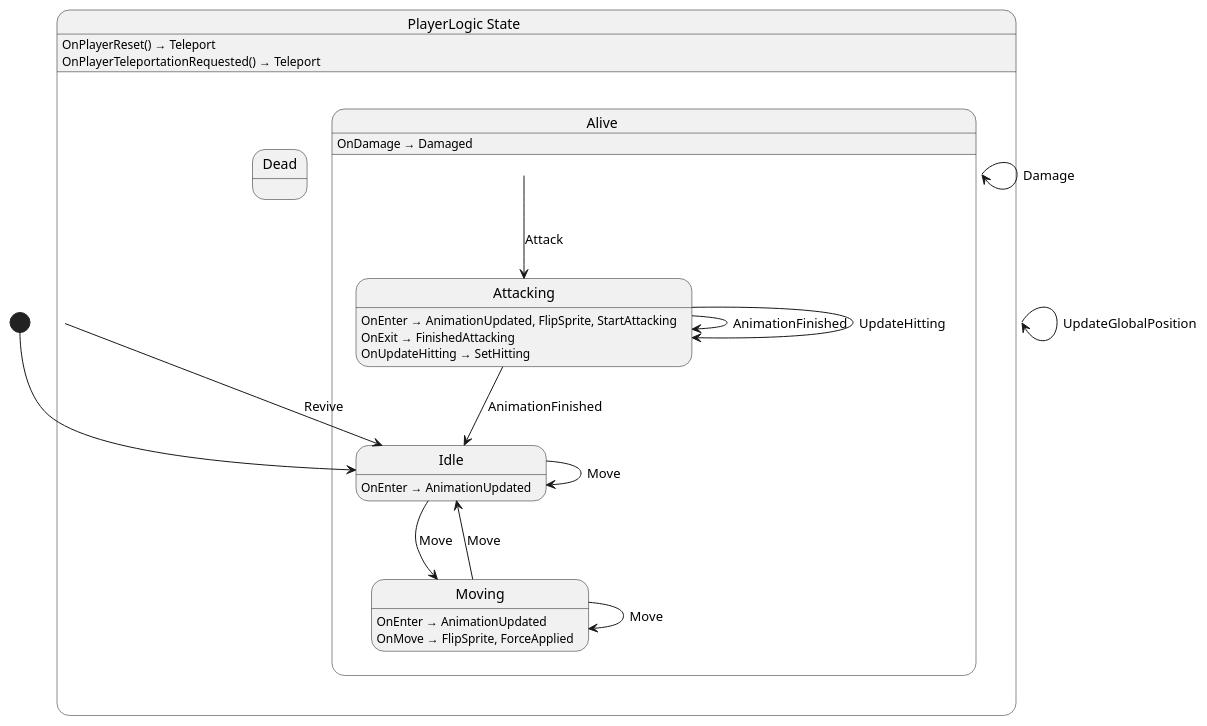
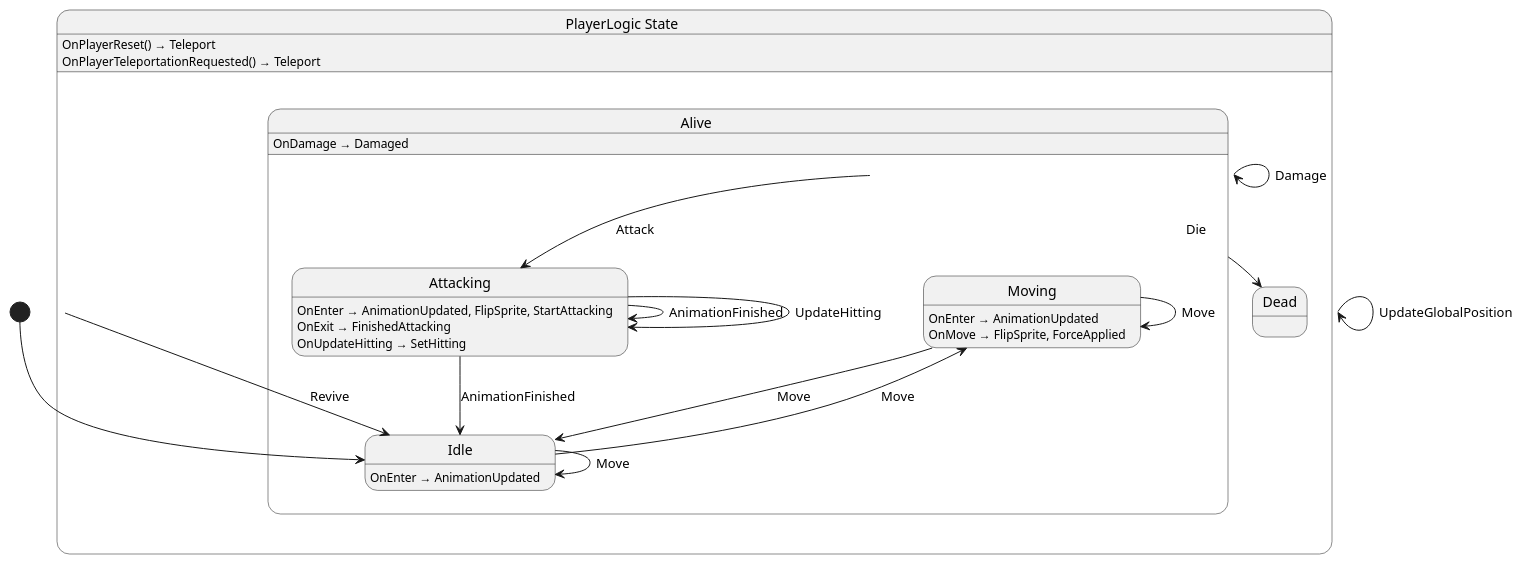
Before and after one commit to nilsiker/godot-wild-jam-77: the diagram in src/player/state/PlayerLogic.g.puml, drawn with PlantUML. The commit also changed 27 other files, not shown here.

```diff
--- a/src/player/state/PlayerLogic.g.puml
+++ b/src/player/state/PlayerLogic.g.puml
@@ -1,34 +1,35 @@
 @startuml PlayerLogic
 state "PlayerLogic State" as Nevergreen_PlayerLogic_State {
   state "Alive" as Nevergreen_PlayerLogic_State_Alive {
+    state "Moving" as Nevergreen_PlayerLogic_State_Alive_Moving
     state "Attacking" as Nevergreen_PlayerLogic_State_Alive_Attacking
     state "Idle" as Nevergreen_PlayerLogic_State_Alive_Idle
-    state "Moving" as Nevergreen_PlayerLogic_State_Alive_Moving
   }
   state "Dead" as Nevergreen_PlayerLogic_State_Dead
 }
 
 Nevergreen_PlayerLogic_State --> Nevergreen_PlayerLogic_State : UpdateGlobalPosition
 Nevergreen_PlayerLogic_State --> Nevergreen_PlayerLogic_State_Alive_Idle : Revive
 Nevergreen_PlayerLogic_State_Alive --> Nevergreen_PlayerLogic_State_Alive : Damage
 Nevergreen_PlayerLogic_State_Alive --> Nevergreen_PlayerLogic_State_Alive_Attacking : Attack
+Nevergreen_PlayerLogic_State_Alive --> Nevergreen_PlayerLogic_State_Dead : Die
 Nevergreen_PlayerLogic_State_Alive_Attacking --> Nevergreen_PlayerLogic_State_Alive_Attacking : AnimationFinished
 Nevergreen_PlayerLogic_State_Alive_Attacking --> Nevergreen_PlayerLogic_State_Alive_Attacking : UpdateHitting
 Nevergreen_PlayerLogic_State_Alive_Attacking --> Nevergreen_PlayerLogic_State_Alive_Idle : AnimationFinished
 Nevergreen_PlayerLogic_State_Alive_Idle --> Nevergreen_PlayerLogic_State_Alive_Idle : Move
 Nevergreen_PlayerLogic_State_Alive_Idle --> Nevergreen_PlayerLogic_State_Alive_Moving : Move
 Nevergreen_PlayerLogic_State_Alive_Moving --> Nevergreen_PlayerLogic_State_Alive_Idle : Move
 Nevergreen_PlayerLogic_State_Alive_Moving --> Nevergreen_PlayerLogic_State_Alive_Moving : Move
 
 Nevergreen_PlayerLogic_State : OnPlayerReset() → Teleport
 Nevergreen_PlayerLogic_State : OnPlayerTeleportationRequested() → Teleport
 Nevergreen_PlayerLogic_State_Alive : OnDamage → Damaged
 Nevergreen_PlayerLogic_State_Alive_Attacking : OnEnter → AnimationUpdated, FlipSprite, StartAttacking
 Nevergreen_PlayerLogic_State_Alive_Attacking : OnExit → FinishedAttacking
 Nevergreen_PlayerLogic_State_Alive_Attacking : OnUpdateHitting → SetHitting
 Nevergreen_PlayerLogic_State_Alive_Idle : OnEnter → AnimationUpdated
 Nevergreen_PlayerLogic_State_Alive_Moving : OnEnter → AnimationUpdated
 Nevergreen_PlayerLogic_State_Alive_Moving : OnMove → FlipSprite, ForceApplied
 
 [*] --> Nevergreen_PlayerLogic_State_Alive_Idle
 @enduml
```
